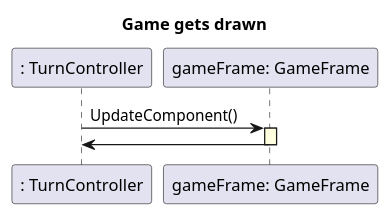
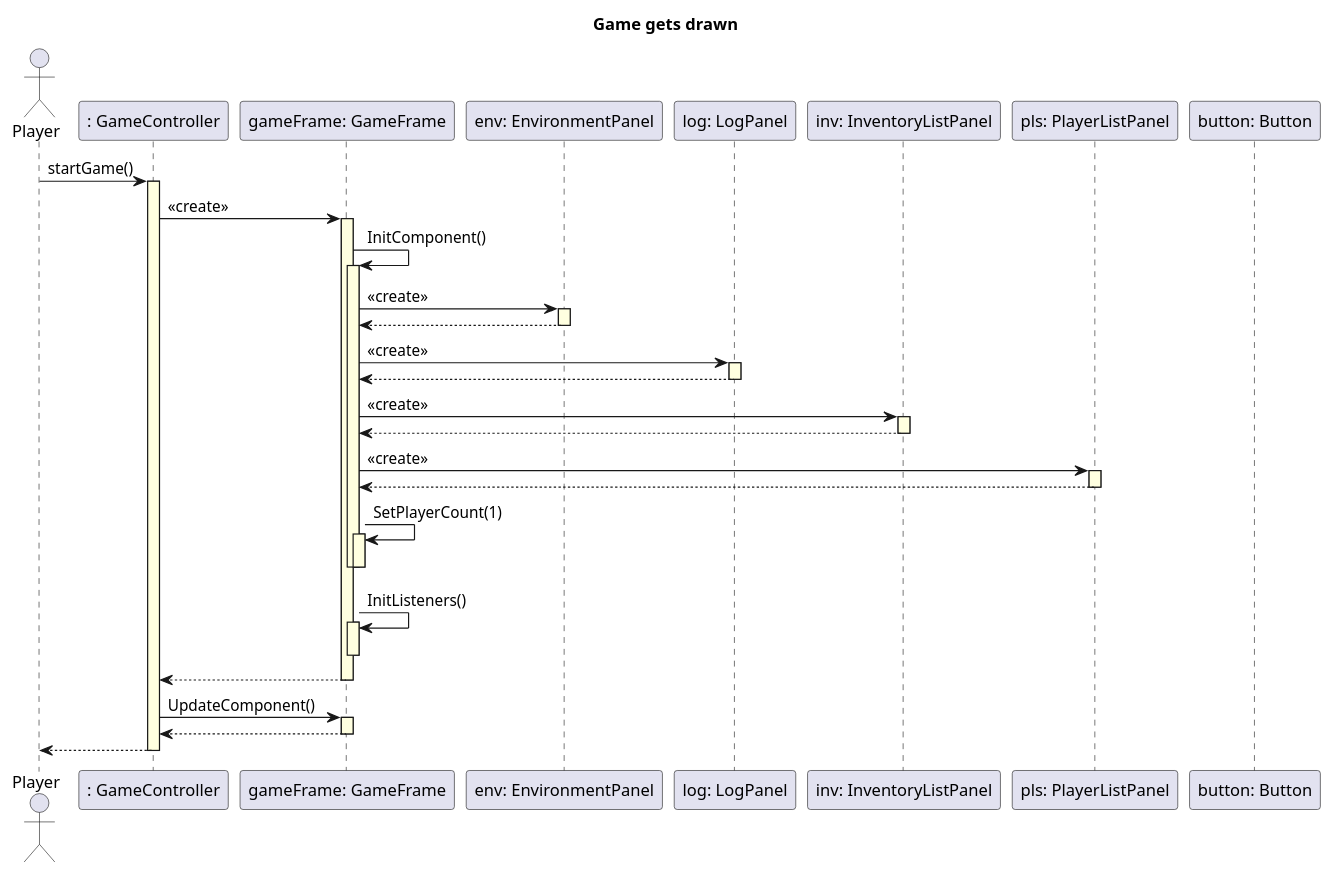
Before and after one commit to bbucsy/projlab_holy_oil: the diagram in uml/gui_seq_diagrams/draw.plantuml, drawn with PlantUML. The commit also changed 5 other files, not shown here.

```diff
--- a/uml/gui_seq_diagrams/draw.plantuml
+++ b/uml/gui_seq_diagrams/draw.plantuml
@@ -1,14 +1,50 @@
 @startuml seq
 
 skinparam SequenceLifeLineBackgroundColor LightYellow
 
 title "Game gets drawn"
 
-participant ": TurnController" as jvm
+actor "Player" as player
+participant ": GameController" as game
 participant "gameFrame: GameFrame" as gameFrame
+participant "env: EnvironmentPanel" as env
+participant "log: LogPanel" as log
+participant "inv: InventoryListPanel" as inv
+participant "pls: PlayerListPanel" as pls
 
-jvm -> gameFrame ++: UpdateComponent()
+player -> game ++: startGame()
 
-gameFrame -> jvm --
+    game -> gameFrame ++: <<create>>
+
+        gameFrame -> gameFrame ++: InitComponent()
+
+            participant "button: Button" as button
+            
+            gameFrame -> env ++: <<create>>
+            return
+
+            gameFrame -> log ++: <<create>>
+            return
+
+            gameFrame -> inv ++: <<create>>
+            return
+
+            gameFrame -> pls ++: <<create>>
+            return
+
+            gameFrame -> gameFrame ++: SetPlayerCount(1)
+            deactivate gameFrame
+
+        deactivate gameFrame
+
+        gameFrame -> gameFrame ++: InitListeners()
+        deactivate gameFrame
+
+    return
+
+    game -> gameFrame ++: UpdateComponent()
+    return
+
+return
 
 @enduml
```
